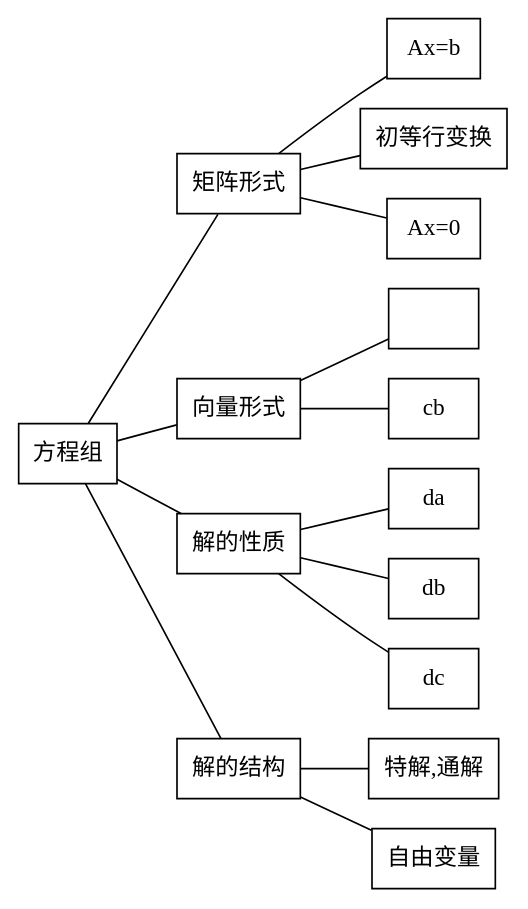
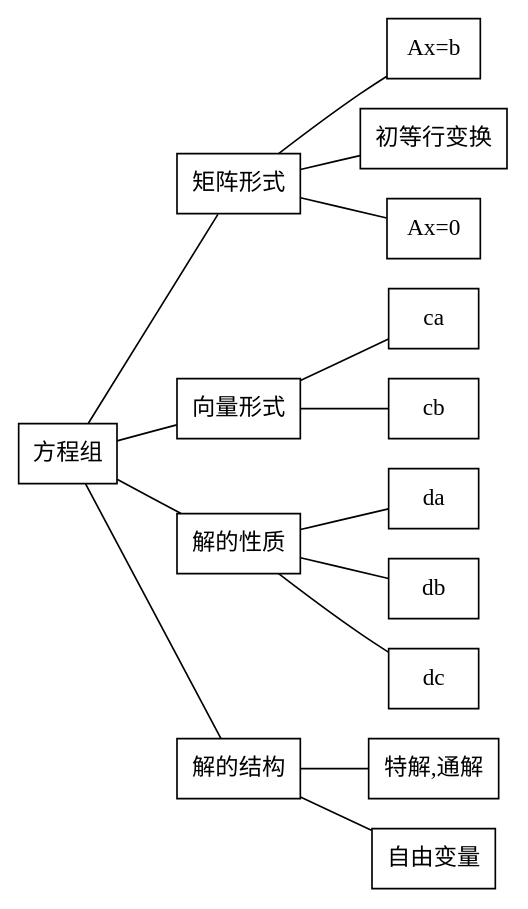
Before and after one commit to ZX1209/CloudStudio: the diagram in Notes/线代-李永乐-第四章-线性方程组-大纲.md, drawn with Graphviz. The commit also changed other lines of this file and 15 other files, not shown here.

````diff
--- a/Notes/线代-李永乐-第四章-线性方程组-大纲.md
+++ b/Notes/线代-李永乐-第四章-线性方程组-大纲.md
@@ -2,25 +2,25 @@
-```graphviz
+```dot
 graph abc{
     rankdir=LR
     node[shape=box]
 
     a[label="方程组"]
 
     b[label="矩阵形式"]
         ba[label="Ax=b"]
         bb[label="初等行变换"]
         bc[label="Ax=0"]
     c[label="向量形式"]
-        ca[label=""]
+        ca[label="ca"]
     d[label="解的性质"]
     e[label="解的结构"]
         ea[label="特解,通解"]
         eb[label="自由变量"]
 
     a -- {b,c,d,e}
-    b -- {ba,bb,bc}
-    c -- {ca,cb}
-    d -- {da,db,dc}
-    e --{ea,eb}
+        b -- {ba,bb,bc}
+        c -- {ca,cb}
+        d -- {da,db,dc}
+        e --{ea,eb}
 }
 ```
````
